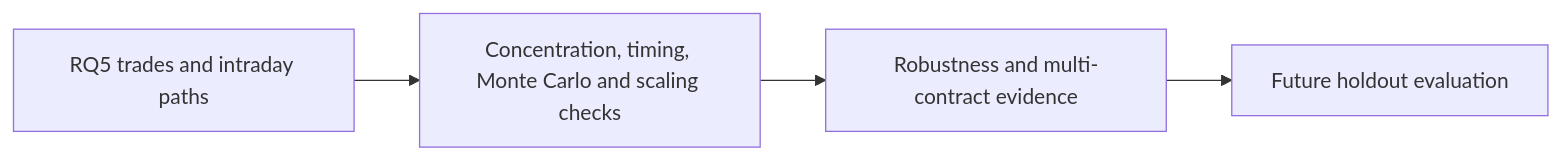
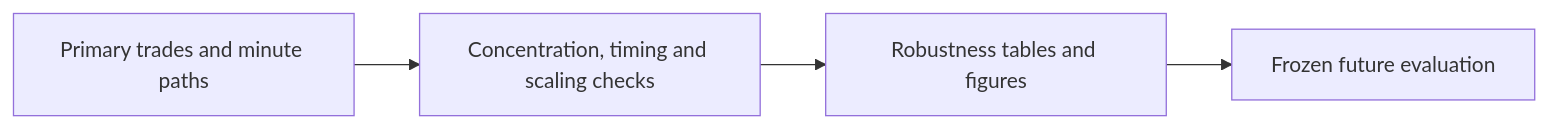
Before and after one commit to Ferreter/Dissertation: the diagram in docs/notebooks/17_rq5_strategy_robustness_and_multi_contract.md, drawn with Mermaid. The commit also changed other lines of this file and 27 other files, not shown here.

````diff
--- a/docs/notebooks/17_rq5_strategy_robustness_and_multi_contract.md
+++ b/docs/notebooks/17_rq5_strategy_robustness_and_multi_contract.md
@@ -12,6 +13,6 @@
 ```mermaid
 flowchart LR
-    A["RQ5 trades and intraday paths"] --> B["Concentration, timing, Monte Carlo and scaling checks"]
-    B --> C["Robustness and multi-contract evidence"]
-    C --> D["Future holdout evaluation"]
+    A["Primary trades and minute paths"] --> B["Concentration, timing and scaling checks"]
+    B --> C["Robustness tables and figures"]
+    C --> D["Frozen future evaluation"]
 ```
````
